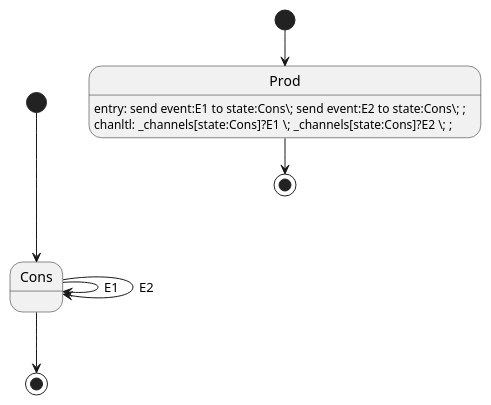
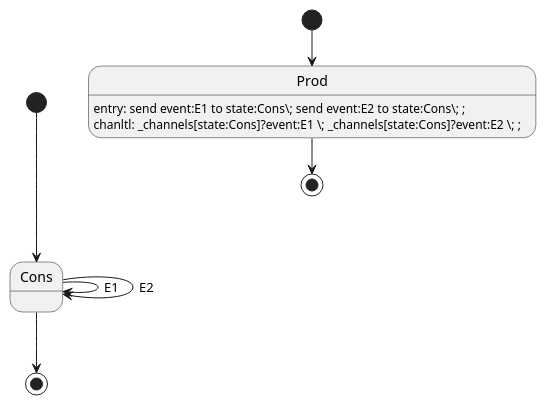
Before and after one commit to melintea/upml: the diagram in plantuml/trace/recv.plantuml, drawn with PlantUML. The commit also changed 6 other files, not shown here.

```diff
--- a/plantuml/trace/recv.plantuml
+++ b/plantuml/trace/recv.plantuml
@@ -1,15 +1,15 @@
 @startuml
 
 [*] --> Cons
 Cons --> [*]
 Cons --> Cons : E1
 Cons --> Cons : E2
 
 --
 
 [*] --> Prod
 Prod --> [*]
 Prod: entry: send event:E1 to state:Cons\; send event:E2 to state:Cons\; ;
-Prod: chanltl: _channels[state:Cons]?E1 \; _channels[state:Cons]?E2 \; ;
+Prod: chanltl: _channels[state:Cons]?event:E1 \; _channels[state:Cons]?event:E2 \; ;
 
 @enduml
```
